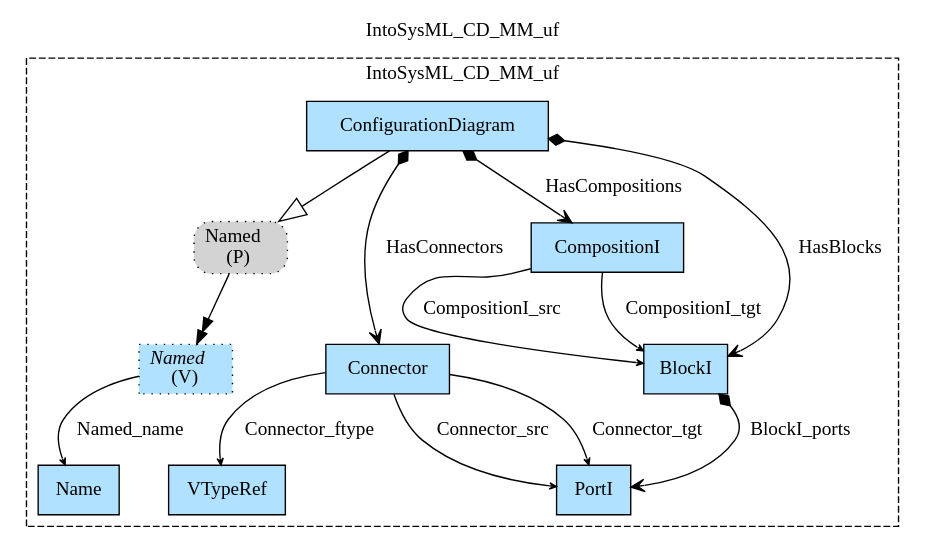
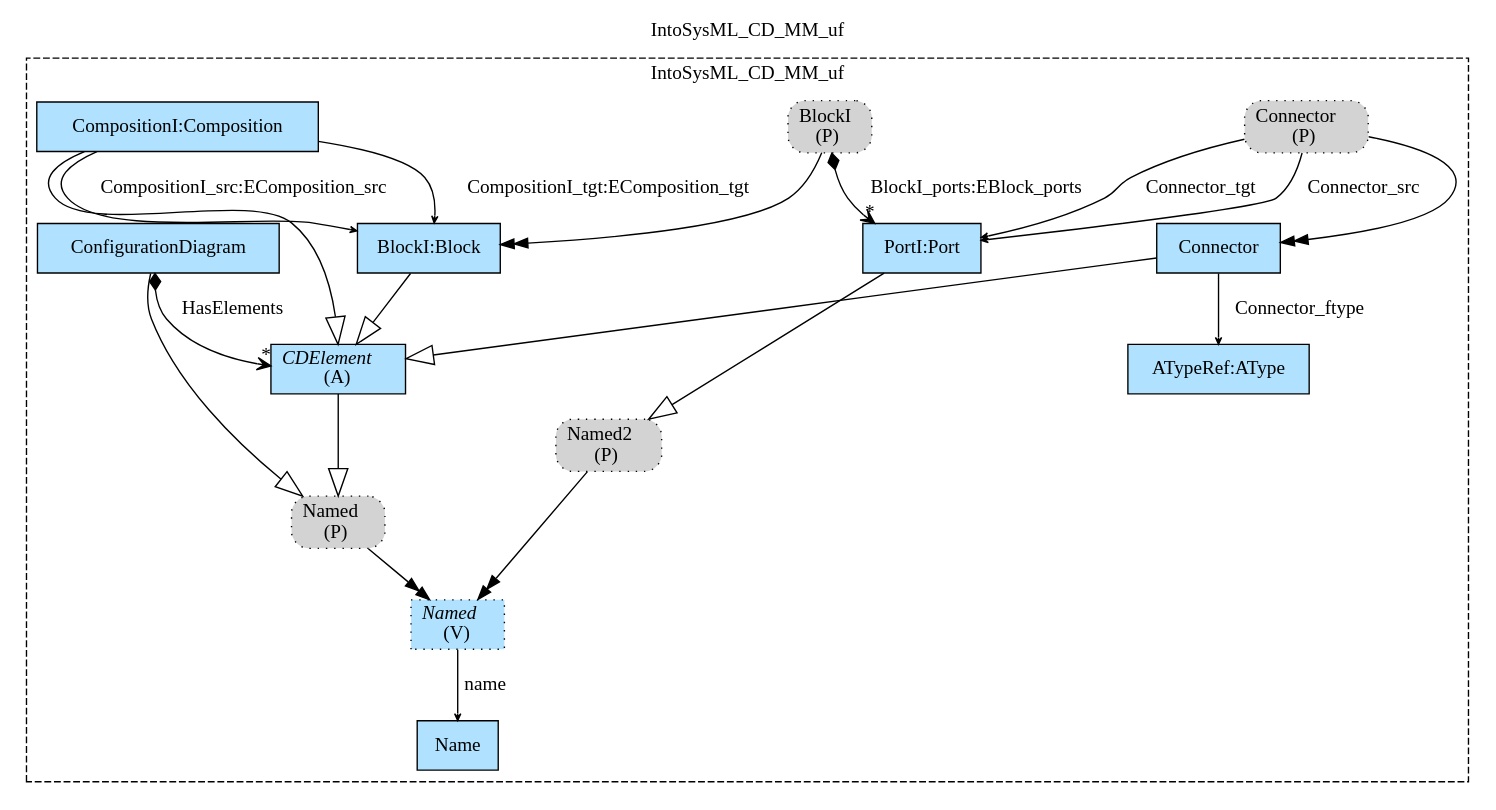
Before and after one commit to namalio/Fragmenta: the diagram in Haskell/IntoSysML/MM/img/IntoSysML_CD_MM_uf.gv, drawn with Graphviz. The commit also changed 109 other files, not shown here.

```diff
--- a/Haskell/IntoSysML/MM/img/IntoSysML_CD_MM_uf.gv
+++ b/Haskell/IntoSysML/MM/img/IntoSysML_CD_MM_uf.gv
@@ -1,27 +1,37 @@
 digraph {graph[label=IntoSysML_CD_MM_uf,labelloc=tl,labelfontsize=12];
 subgraph cluster_IntoSysML_CD_MM_uf{style=dashed;label=IntoSysML_CD_MM_uf;
+"Name"[shape=record,fillcolor=lightskyblue1,style = filled,label="Name"];
 "Named"[shape=record,fillcolor=lightskyblue1,style ="filled,dotted",label=<{<I>Named</I><br/>(V)}>];
-"Name"[shape=record,fillcolor=lightskyblue1,style = filled,label="Name"];
+"PNamed2"[shape=box,fillcolor=lightgray,style ="rounded,filled,dotted",label=<Named2<br/>(P)>];
+"PortI"[shape=record,fillcolor=lightskyblue1,style = filled,label="PortI:Port"];
+"PBlockI"[shape=box,fillcolor=lightgray,style ="rounded,filled,dotted",label=<BlockI<br/>(P)>];
+"PConnector"[shape=box,fillcolor=lightgray,style ="rounded,filled,dotted",label=<Connector<br/>(P)>];
+"ATypeRef"[shape=record,fillcolor=lightskyblue1,style = filled,label="ATypeRef:AType"];
+"Connector"[shape=record,fillcolor=lightskyblue1,style = filled,label="Connector"];
+"BlockI"[shape=record,fillcolor=lightskyblue1,style = filled,label="BlockI:Block"];
+"CompositionI"[shape=record,fillcolor=lightskyblue1,style = filled,label="CompositionI:Composition"];
+"CDElement"[shape=record,fillcolor=lightskyblue1,style = filled,label=<{<I>CDElement</I><br/>(A)}>];
+"ConfigurationDiagram"[shape=record,fillcolor=lightskyblue1,style = filled,label="ConfigurationDiagram"];
 "PNamed"[shape=box,fillcolor=lightgray,style ="rounded,filled,dotted",label=<Named<br/>(P)>];
-"ConfigurationDiagram"[shape=record,fillcolor=lightskyblue1,style = filled,label="ConfigurationDiagram"];
-"Connector"[shape=record,fillcolor=lightskyblue1,style = filled,label="Connector"];
-"VTypeRef"[shape=record,fillcolor=lightskyblue1,style = filled,label="VTypeRef"];
-"PortI"[shape=record,fillcolor=lightskyblue1,style = filled,label="PortI"];
-"CompositionI"[shape=record,fillcolor=lightskyblue1,style = filled,label="CompositionI"];
-"BlockI"[shape=record,fillcolor=lightskyblue1,style = filled,label="BlockI"];
 
-"Named"->"Name"[label="Named_name",arrowhead=vee,headlabel="",arrowsize=.5];
+"Named"->"Name"[label="name",arrowhead=vee,headlabel="",arrowsize=.5];
+"PBlockI"->"PortI"[label="BlockI_ports:EBlock_ports",arrowhead=vee,arrowtail=diamond,dir=both,headlabel="*"];
+"PortI"->"PNamed2"[arrowhead=onormal,arrowsize=2.0];
+"PConnector"->"PortI"[label="Connector_src",arrowhead=vee,headlabel="",arrowsize=.5];
+"PConnector"->"PortI"[label="Connector_tgt",arrowhead=vee,headlabel="",arrowsize=.5];
+"CompositionI"->"BlockI"[label="CompositionI_tgt:EComposition_tgt",arrowhead=vee,headlabel="",arrowsize=.5];
+"CompositionI"->"BlockI"[label="CompositionI_src:EComposition_src",arrowhead=vee,headlabel="",arrowsize=.5];
+"Connector"->"ATypeRef"[label="Connector_ftype",arrowhead=vee,headlabel="",arrowsize=.5];
+"ConfigurationDiagram"->"CDElement"[label="HasElements",arrowhead=vee,arrowtail=diamond,dir=both,headlabel="*"];
+"Connector"->"CDElement"[arrowhead=onormal,arrowsize=2.0];
+"BlockI"->"CDElement"[arrowhead=onormal,arrowsize=2.0];
+"CompositionI"->"CDElement"[arrowhead=onormal,arrowsize=2.0];
+"CDElement"->"PNamed"[arrowhead=onormal,arrowsize=2.0];
 "ConfigurationDiagram"->"PNamed"[arrowhead=onormal,arrowsize=2.0];
-"ConfigurationDiagram"->"CompositionI"[label="HasCompositions",arrowhead=vee,arrowtail=diamond,dir=both,headlabel=""];
-"ConfigurationDiagram"->"BlockI"[label="HasBlocks",arrowhead=vee,arrowtail=diamond,dir=both,headlabel=""];
-"ConfigurationDiagram"->"Connector"[label="HasConnectors",arrowhead=vee,arrowtail=diamond,dir=both,headlabel=""];
-"Connector"->"PortI"[label="Connector_src",arrowhead=vee,headlabel="",arrowsize=.5];
-"Connector"->"PortI"[label="Connector_tgt",arrowhead=vee,headlabel="",arrowsize=.5];
-"Connector"->"VTypeRef"[label="Connector_ftype",arrowhead=vee,headlabel="",arrowsize=.5];
-"BlockI"->"PortI"[label="BlockI_ports",arrowhead=vee,arrowtail=diamond,dir=both,headlabel=""];
-"CompositionI"->"BlockI"[label="CompositionI_src",arrowhead=vee,headlabel="",arrowsize=.5];
-"CompositionI"->"BlockI"[label="CompositionI_tgt",arrowhead=vee,headlabel="",arrowsize=.5];
 
 }
+"PNamed2"->"Named"[arrowhead=normalnormal];
+"PConnector"->"Connector"[arrowhead=normalnormal];
+"PBlockI"->"BlockI"[arrowhead=normalnormal];
 "PNamed"->"Named"[arrowhead=normalnormal];
 }
```
